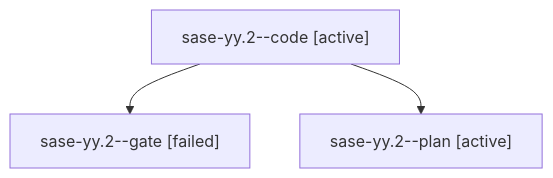
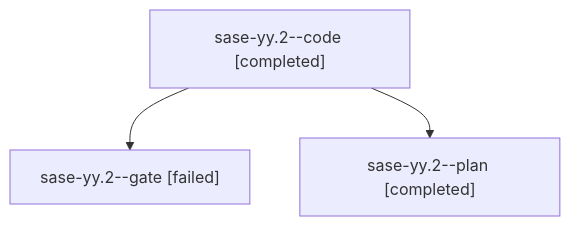
One commit to sase-org/sase--agents changed the diagram in families/bbugyi200.athena.sase-yy.2.md. Above: the diagram before and after it, drawn with Mermaid. The commit also changed other lines of this file and 43 other files, not shown here.

````diff
--- a/families/bbugyi200.athena.sase-yy.2.md
+++ b/families/bbugyi200.athena.sase-yy.2.md
@@ -9,8 +9,8 @@
 ```mermaid
 flowchart TD
-  n0["sase-yy.2--code [active]"]
+  n0["sase-yy.2--code [completed]"]
   n1["sase-yy.2--gate [failed]"]
   n0 --> n1
-  n2["sase-yy.2--plan [active]"]
+  n2["sase-yy.2--plan [completed]"]
   n0 --> n2
 ```
````
